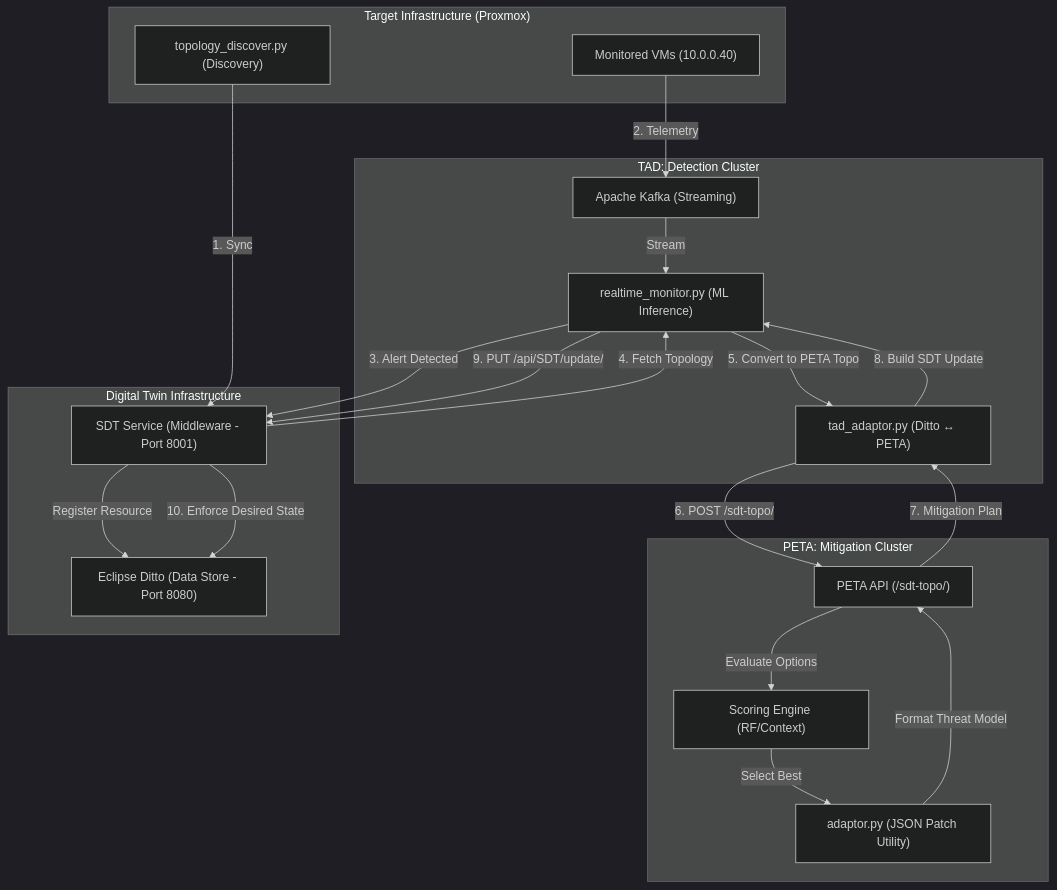
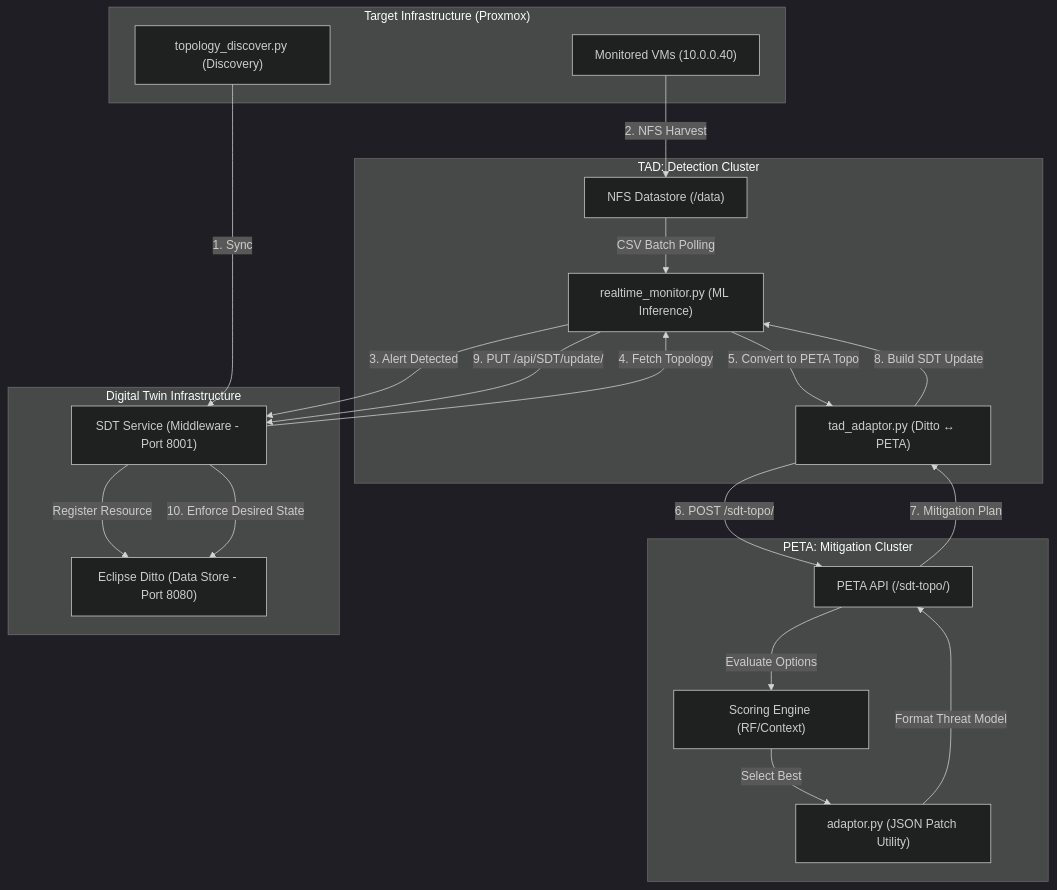
One commit to COBALT-PROJECT/TAD-PETA changed the diagram in README.md. Above: the diagram before and after it, drawn with Mermaid (dark theme). The commit also changed other lines of this file and 4 other files, not shown here.

````diff
--- a/README.md
+++ b/README.md
@@ -29,45 +29,45 @@
 ```mermaid
 graph TD
     subgraph Target_Environment ["Target Infrastructure (Proxmox)"]
         VMs["Monitored VMs (10.0.0.40)"]
         TE["topology_discover.py (Discovery)"]
     end
 
     subgraph Monitoring_Pipeline ["TAD: Detection Cluster"]
-        Kafka["Apache Kafka (Streaming)"]
+        NFS["NFS Datastore (/data)"]
         RM["realtime_monitor.py (ML Inference)"]
         Adapt["tad_adaptor.py (Ditto ↔ PETA)"]
     end
 
     subgraph Intelligent_Remediation ["PETA: Mitigation Cluster"]
         API["PETA API (/sdt-topo/)"]
         Scoring["Scoring Engine (RF/Context)"]
         PetaAdapt["adaptor.py (JSON Patch Utility)"]
     end
 
     subgraph Digital_Twin_Core ["Digital Twin Infrastructure"]
         SDT["SDT Service (Middleware - Port 8001)"]
         DT["Eclipse Ditto (Data Store - Port 8080)"]
     end
 
     %% Discovery Flow
     TE -->|1. Sync| SDT
     SDT -->|Register Resource| DT
 
     %% Detection Flow
-    VMs -->|2. Telemetry| Kafka
-    Kafka -->|Stream| RM
+    VMs -->|2. NFS Harvest| NFS
+    NFS -->|CSV Batch Polling| RM
     
     %% Remediation Loop
     RM -->|3. Alert Detected| SDT
     SDT -->|4. Fetch Topology| RM
     RM -->|5. Convert to PETA Topo| Adapt
     Adapt -->|6. POST /sdt-topo/| API
     API -->|Evaluate Options| Scoring
     Scoring -->|Select Best| PetaAdapt
     PetaAdapt -->|Format Threat Model| API
     API -->|7. Mitigation Plan| Adapt
     Adapt -->|8. Build SDT Update| RM
     RM -->|9. PUT /api/SDT/update/| SDT
     SDT -->|10. Enforce Desired State| DT
 ```
````
